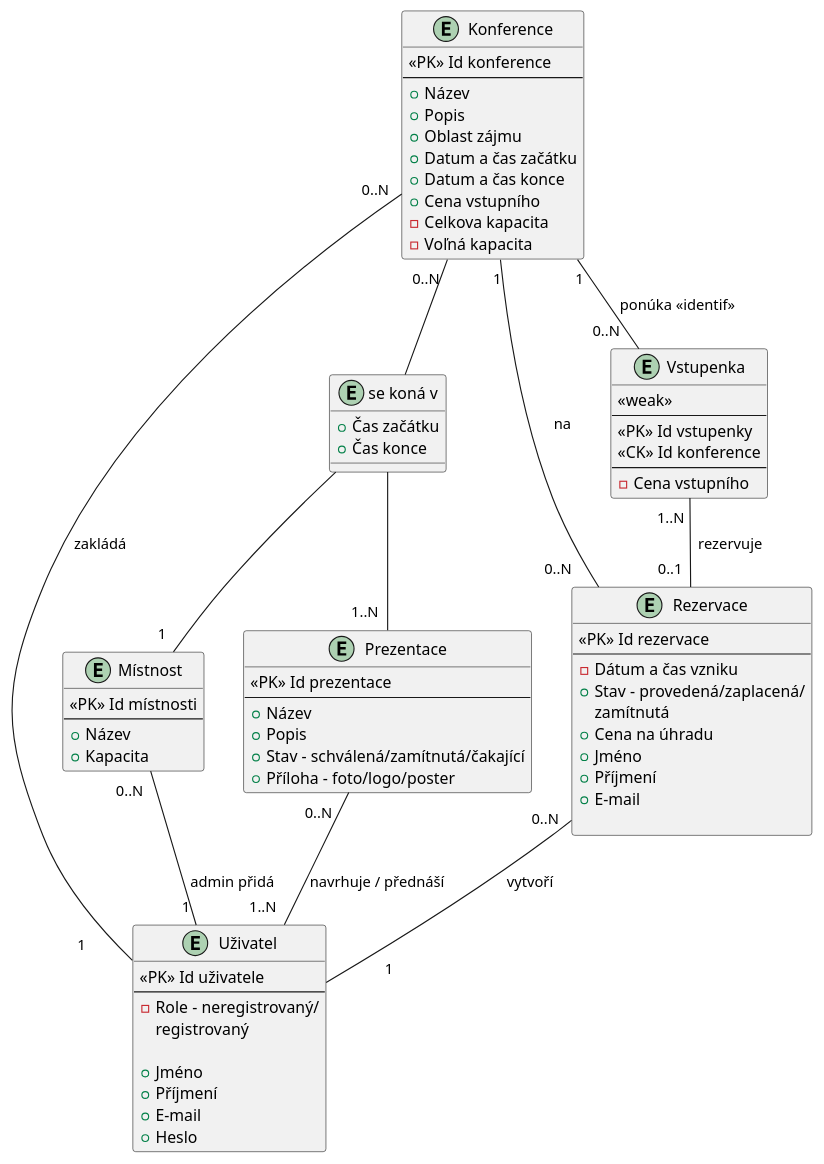
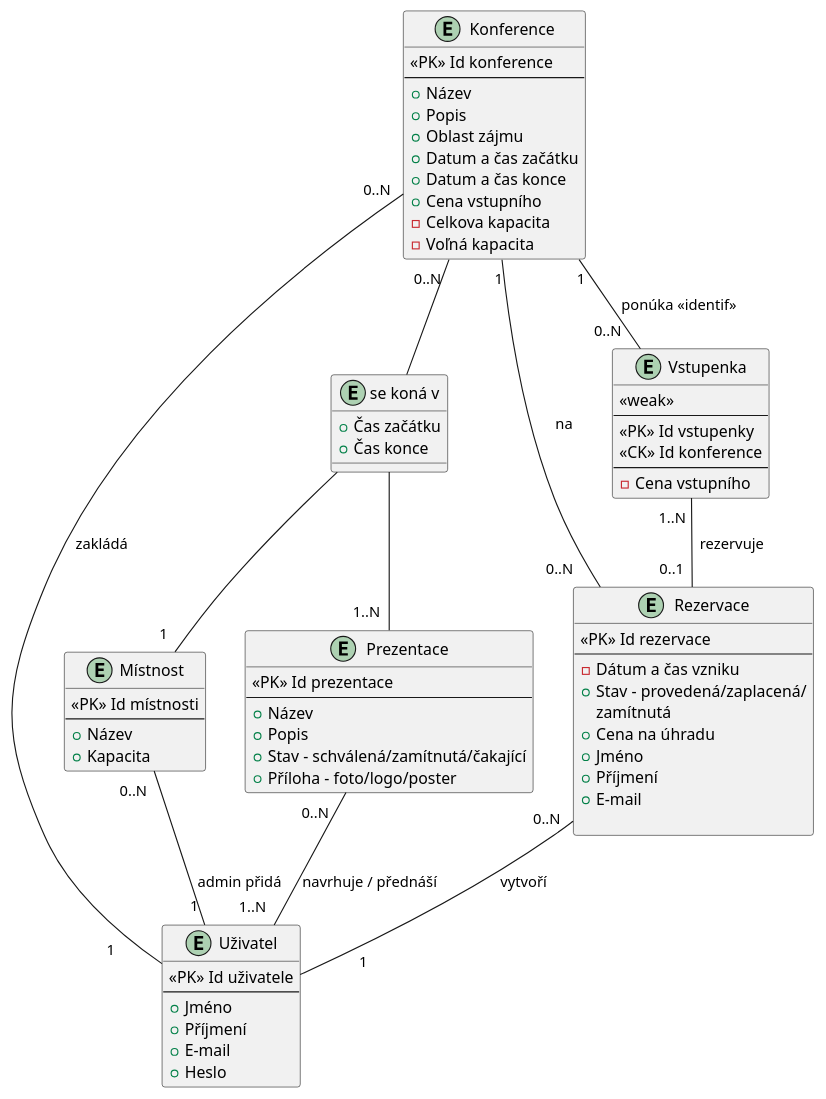
The diagram in doc/ERD-puml/erd.puml (Doly02/iis-proj), drawn with PlantUML before and after one commit. The commit also changed 3 other files, not shown here.

Commit message:
[DOC] Modify ERD and Use case

```diff
--- a/doc/ERD-puml/erd.puml
+++ b/doc/ERD-puml/erd.puml
@@ -1,84 +1,81 @@
 @startuml er
 
 entity "Konference" {
     <<PK>> Id konference
     ---
     + Název
     + Popis
     + Oblast zájmu
     + Datum a čas začátku
     + Datum a čas konce
     + Cena vstupního
     - Celkova kapacita
     - Voľná kapacita
 }
 
 entity "Prezentace" {
     <<PK>> Id prezentace
     ---
     + Název
     + Popis
     + Stav - schválená/zamítnutá/čakající
     + Příloha - foto/logo/poster
 }
 
 entity "Rezervace" {
     <<PK>> Id rezervace
     ---
     - Dátum a čas vzniku
     + Stav - provedená/zaplacená/
              zamítnutá
     + Cena na úhradu
     + Jméno
     + Příjmení
     + E-mail
 
 }
 
 entity "Vstupenka" {
     << weak >>
     ---
     <<PK>> Id vstupenky
     <<CK>> Id konference
     ---
     - Cena vstupního
 }
 
 
 entity "Uživatel" {
     <<PK>> Id uživatele
     ---
-    - Role - neregistrovaný/
-            registrovaný
-
     + Jméno
     + Příjmení
     + E-mail
     + Heslo
 }
 
 entity "Místnost" {
     <<PK>> Id místnosti
     ---
     + Název
     + Kapacita
 }
 
 entity "se koná v" {
     + Čas začátku
     + Čas konce
 }
 
 "Konference" " 0..N " -- "se koná v"
 "Konference" " 1" -- "0..N   " "Vstupenka" : " ponúka << identif >>"
 "se koná v" -- "  1   " "Místnost"
 "se koná v" -- " 1..N  " "Prezentace"
 "Prezentace" " 0..N   " -- " 1..N   " "Uživatel" : "navrhuje / přednáší "
 "Konference" " 0..N " -- "1          " "Uživatel" : " zakládá "
 "Rezervace" " 0..N " -- "             1 " "Uživatel" : " vytvoří "
 "Rezervace" " 0..N     " -- "    1" "Konference" : "na     "
 "Vstupenka" " 1..N " -- "0..1  " "Rezervace" : "  rezervuje"
 "Místnost" " 0..N  "  -- "1 " "Uživatel" : " admin přidá"
 
 
 @enduml
```
